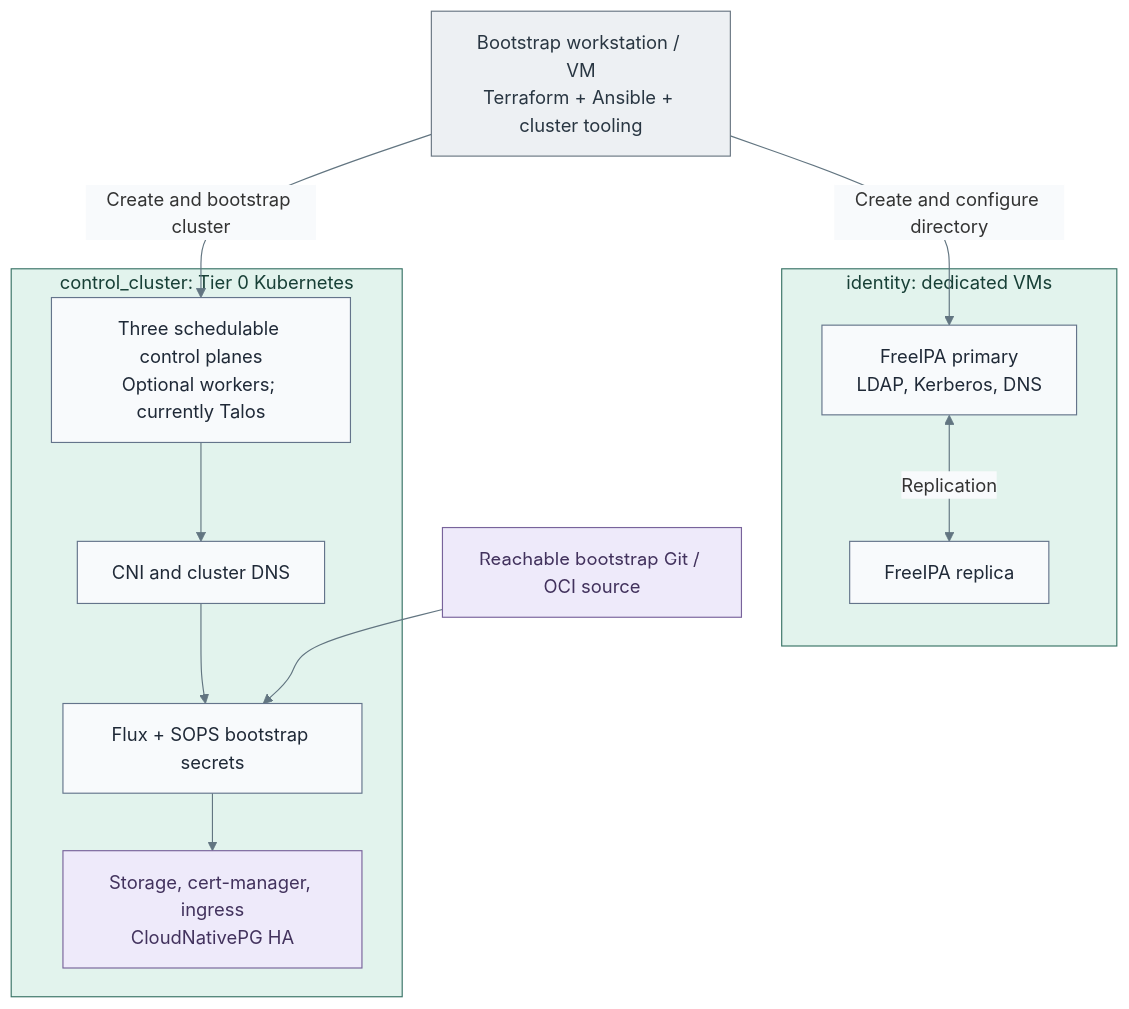
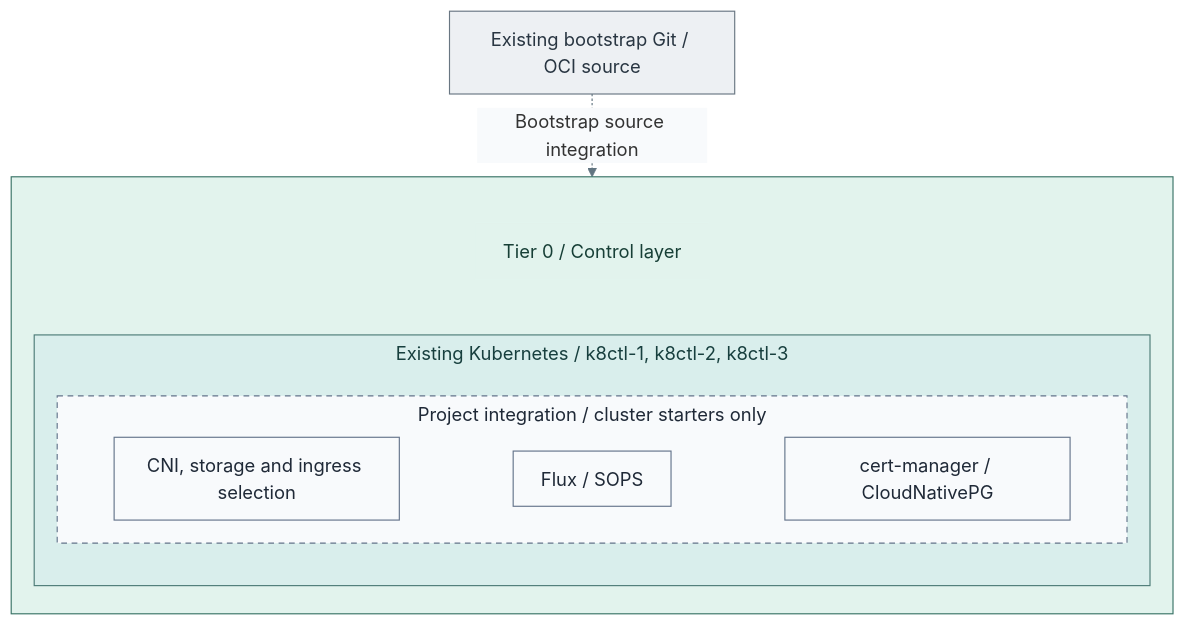
Before and after one commit to Rexus/homelab: the third of 3 diagrams in docs/deployment/stage-3-identity-runtime/README.md, drawn with Mermaid. The commit also changed other lines of this file and 60 other files, not shown here.

Commit message:
docs(diagrams): align architecture and deployment views with IaC

````diff
--- a/docs/deployment/stage-3-identity-runtime/README.md
+++ b/docs/deployment/stage-3-identity-runtime/README.md
@@ -19,29 +109,32 @@
 ```mermaid
-%%{init: {"theme":"base","themeVariables":{"lineColor":"#627581","edgeLabelBackground":"#f8fafc"}}}%%
+%%{init: {"theme":"base","flowchart":{"nodeSpacing":20,"rankSpacing":24,"padding":12,"subGraphTitleMargin":{"top":4,"bottom":12}},"themeVariables":{"lineColor":"#627581","edgeLabelBackground":"#f8fafc"}}}%%
 flowchart TB
-  Bootstrap["Bootstrap workstation / VM<br/>Terraform + Ansible + cluster tooling"]
-  subgraph Identity["identity: dedicated VMs"]
-    Primary["FreeIPA primary<br/>LDAP, Kerberos, DNS"]
-    Replica["FreeIPA replica"]
-    Primary <-->|Replication| Replica
+  Source["Existing bootstrap Git / OCI source"]
+  subgraph T0[" "]
+    direction TB
+    T0Title["Tier 0 / Control layer"]
+    subgraph Cluster["Existing Kubernetes / k8ctl-1, k8ctl-2, k8ctl-3"]
+      direction TB
+      subgraph Project["Project integration / cluster starters only"]
+        direction LR
+        Network["CNI, storage and ingress selection"]
+        Flux["Flux / SOPS"]
+        Base["cert-manager / CloudNativePG"]
+        Network ~~~ Flux ~~~ Base
+      end
+    end
+    T0Title ~~~ Cluster
   end
-  subgraph Cluster["control_cluster: Tier 0 Kubernetes"]
-    Nodes["Three schedulable control planes<br/>Optional workers; currently Talos"]
-    Network["CNI and cluster DNS"]
-    Flux["Flux + SOPS bootstrap secrets"]
-    Base["Storage, cert-manager, ingress<br/>CloudNativePG HA"]
-    Nodes --> Network --> Flux --> Base
-  end
-  Bootstrap -->|Create and configure directory| Primary
-  Bootstrap -->|Create and bootstrap cluster| Nodes
-  Source["Reachable bootstrap Git / OCI source"] --> Flux
+  Source -. Bootstrap source integration .-> T0
   classDef default fill:#f8fafc,stroke:#64748b,color:#1f2937
   classDef actor fill:#edf0f3,stroke:#697682,color:#293642
   classDef control fill:#e2f3ed,stroke:#397366,color:#173f36
+  classDef controlHeading fill:#e2f3ed,stroke:#e2f3ed,color:#173f36
+  classDef runtime fill:#d9eeec,stroke:#4d7b77,color:#173f3e
   classDef replicas fill:#f8fafc,stroke:#64748b,color:#1f2937,stroke-dasharray:5 4
-  classDef data fill:#eeeafa,stroke:#78639b,color:#42325d
-  class Bootstrap actor
-  class Identity,Cluster control
-  class DirectoryPair replicas
-  class Source,Base data
+  class T0 control
+  class T0Title controlHeading
+  class Cluster runtime
+  class Project replicas
+  class Source actor
 ```
````
